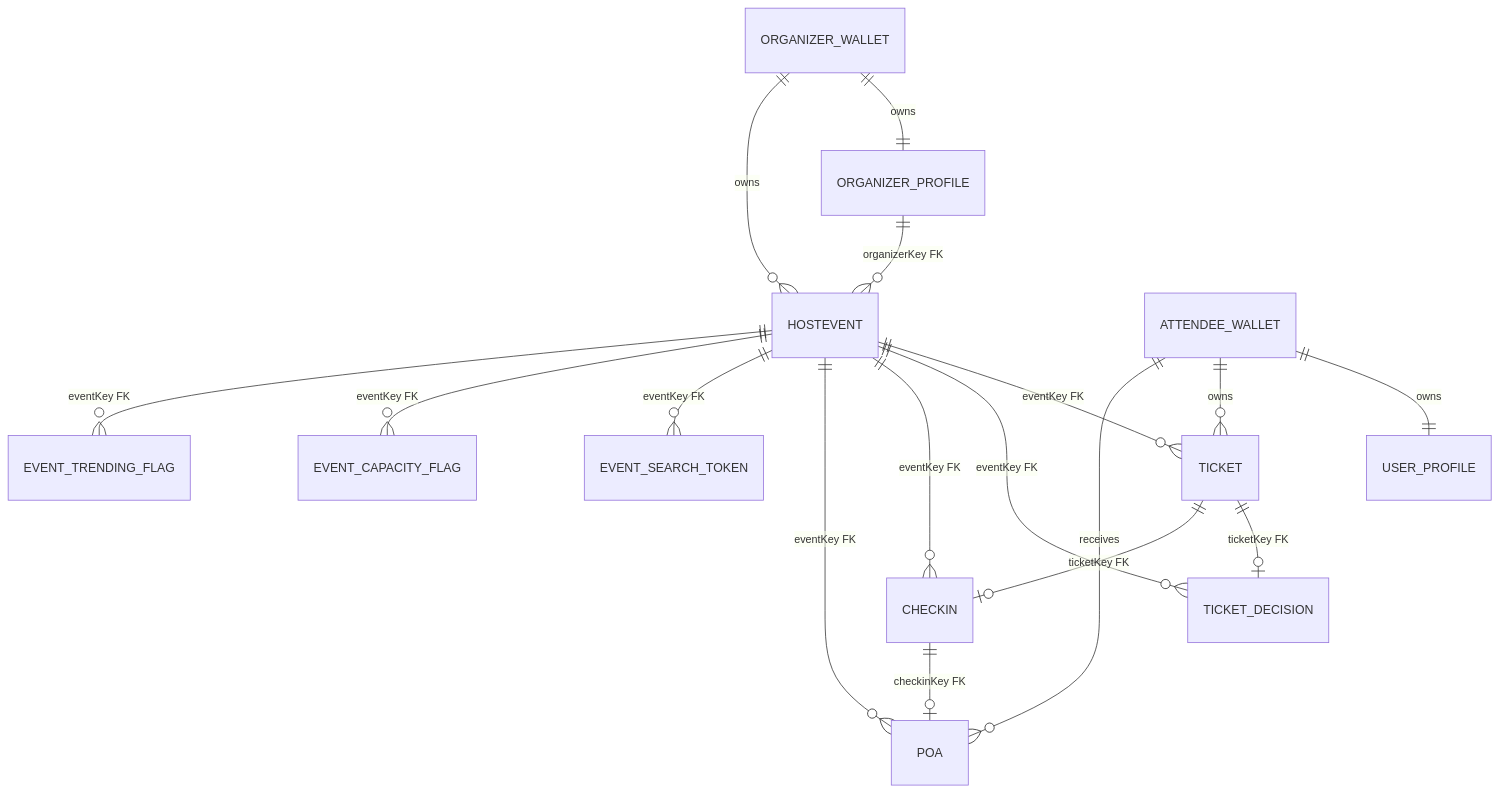
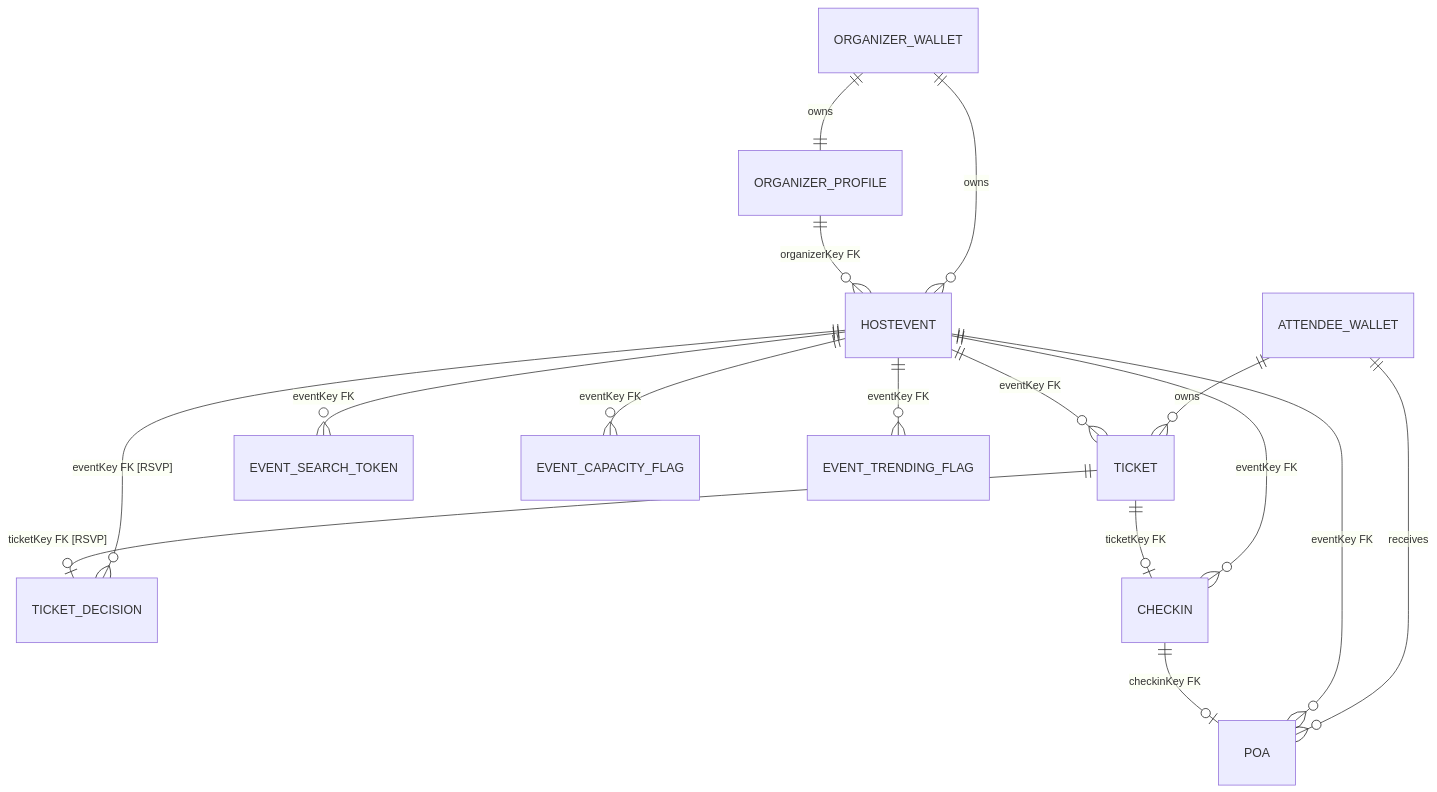
The diagram in README.md (akashbiswas0/Hostr), drawn with Mermaid before and after one commit.

````diff
--- a/README.md
+++ b/README.md
@@ -58,21 +58,20 @@
 ```mermaid
 erDiagram
     ORGANIZER_WALLET ||--|| ORGANIZER_PROFILE : owns
     ORGANIZER_WALLET ||--o{ HOSTEVENT : owns
-    ATTENDEE_WALLET ||--|| USER_PROFILE : owns
     ATTENDEE_WALLET ||--o{ TICKET : owns
     ATTENDEE_WALLET ||--o{ POA : receives
 
     ORGANIZER_PROFILE ||--o{ HOSTEVENT : "organizerKey FK"
     HOSTEVENT ||--o{ TICKET : "eventKey FK"
-    HOSTEVENT ||--o{ TICKET_DECISION : "eventKey FK"
+    HOSTEVENT ||--o{ TICKET_DECISION : "eventKey FK [RSVP]"
     HOSTEVENT ||--o{ CHECKIN : "eventKey FK"
     HOSTEVENT ||--o{ POA : "eventKey FK"
     HOSTEVENT ||--o{ EVENT_SEARCH_TOKEN : "eventKey FK"
     HOSTEVENT ||--o{ EVENT_CAPACITY_FLAG : "eventKey FK"
     HOSTEVENT ||--o{ EVENT_TRENDING_FLAG : "eventKey FK"
 
-    TICKET ||--o| TICKET_DECISION : "ticketKey FK"
+    TICKET ||--o| TICKET_DECISION : "ticketKey FK [RSVP]"
     TICKET ||--o| CHECKIN : "ticketKey FK"
     CHECKIN ||--o| POA : "checkinKey FK"
 ```
````
